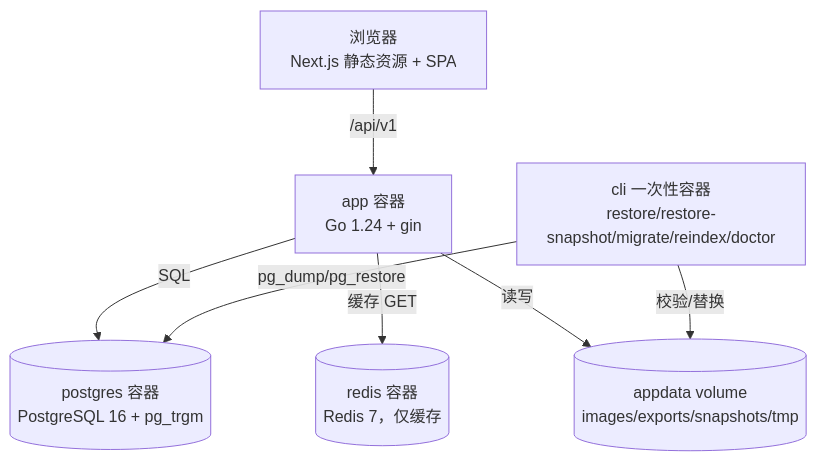
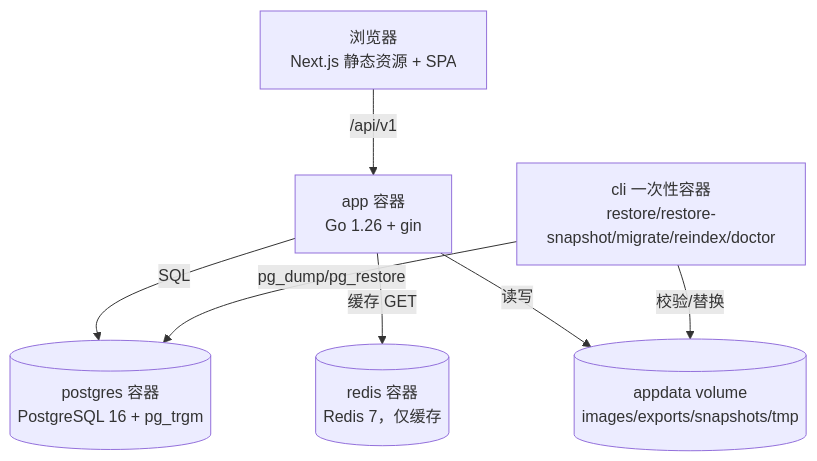
Before and after one commit to rose-ja/novel-management: the second of 7 diagrams in project/architecture.md, drawn with Mermaid. The commit also changed other lines of this file and 21 other files, not shown here.

````diff
--- a/project/architecture.md
+++ b/project/architecture.md
@@ -97,9 +97,9 @@
 ```mermaid
 flowchart TB
-  B[浏览器<br/>Next.js 静态资源 + SPA] -->|/api/v1| A[app 容器<br/>Go 1.24 + gin]
+  B[浏览器<br/>Next.js 静态资源 + SPA] -->|/api/v1| A[app 容器<br/>Go 1.26 + gin]
   A -->|SQL| P[(postgres 容器<br/>PostgreSQL 16 + pg_trgm)]
   A -->|缓存 GET| R[(redis 容器<br/>Redis 7，仅缓存)]
   A -->|读写| V[(appdata volume<br/>images/exports/snapshots/tmp)]
   C[cli 一次性容器<br/>restore/restore-snapshot/migrate/reindex/doctor] -->|pg_dump/pg_restore| P
   C -->|校验/替换| V
 ```
````
